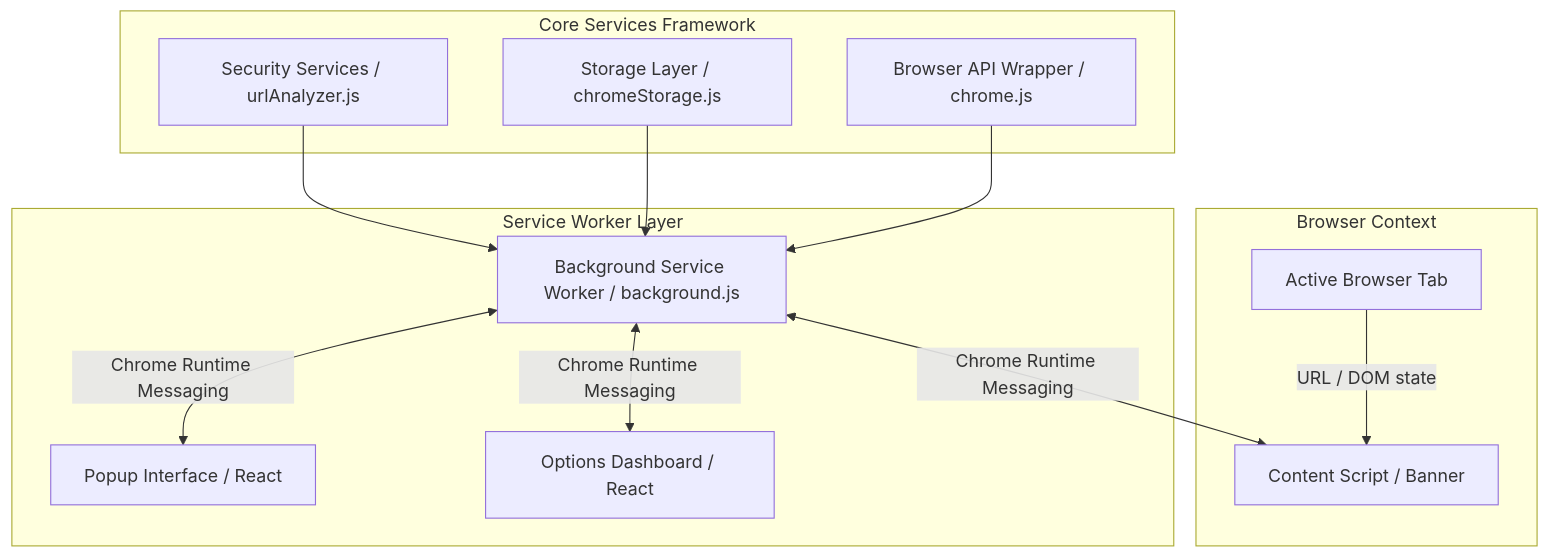
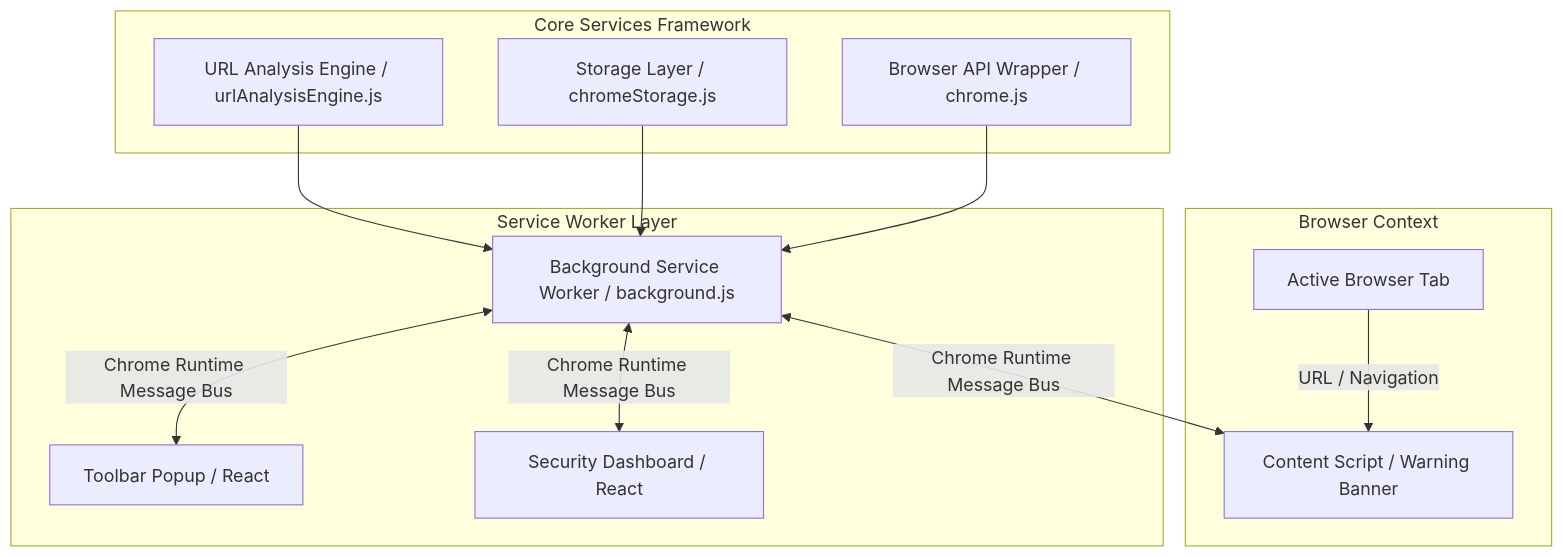
Before and after one commit to maitripatel-21/GG-OP: the diagram in docs/Architecture.md, drawn with Mermaid. The commit also changed other lines of this file and 6 other files, not shown here.

````diff
--- a/docs/Architecture.md
+++ b/docs/Architecture.md
@@ -5,18 +5,18 @@
 ```mermaid
 graph TD
     subgraph Browser Context
-        A[Active Browser Tab] -->|URL / DOM state| B[Content Script / Banner]
+        A[Active Browser Tab] -->|URL / Navigation| B[Content Script / Warning Banner]
     end
 
     subgraph Service Worker Layer
-        C[Background Service Worker / background.js] <-->|Chrome Runtime Messaging| B
-        C <-->|Chrome Runtime Messaging| D[Popup Interface / React]
-        C <-->|Chrome Runtime Messaging| E[Options Dashboard / React]
+        C[Background Service Worker / background.js] <-->|Chrome Runtime Message Bus| B
+        C <-->|Chrome Runtime Message Bus| D[Toolbar Popup / React]
+        C <-->|Chrome Runtime Message Bus| E[Security Dashboard / React]
     end
 
     subgraph Core Services Framework
-        F[Security Services / urlAnalyzer.js] --> C
+        F[URL Analysis Engine / urlAnalysisEngine.js] --> C
         G[Storage Layer / chromeStorage.js] --> C
         H[Browser API Wrapper / chrome.js] --> C
     end
 ```
````
